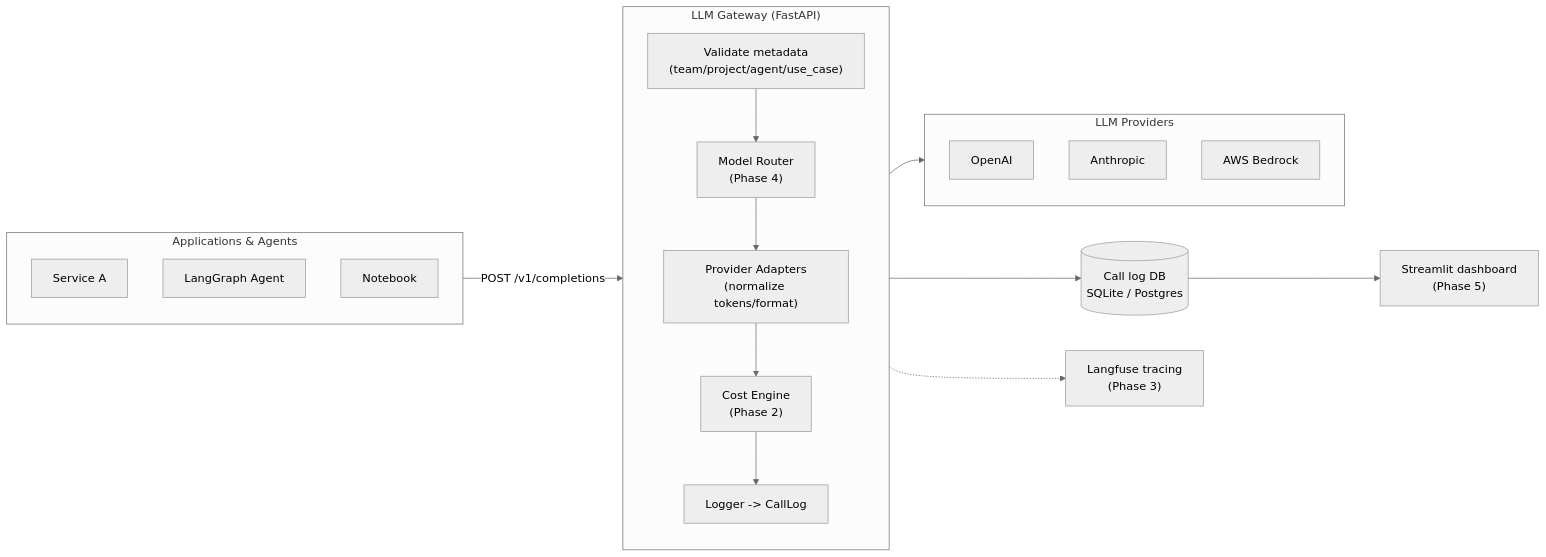
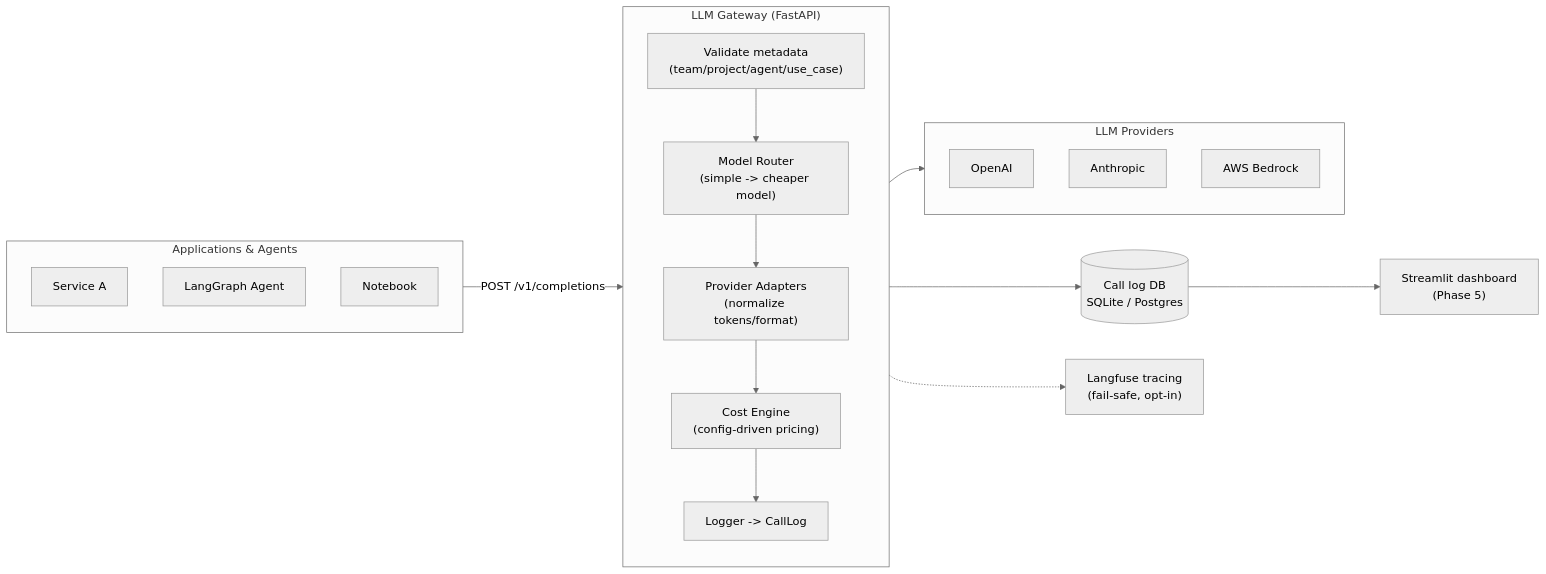
The diagram in readme.md (ravimishraggn/LLM-Cost-Governance-Attribution-Platform), drawn with Mermaid (neutral theme) before and after one commit. The commit also changed other lines of this file and 13 other files, not shown here.

First line of the commit message:
Phase 4: Rule-based model router with savings tracking

````diff
--- a/readme.md
+++ b/readme.md
@@ -28,34 +28,34 @@
 ```mermaid
 flowchart LR
     subgraph Apps["Applications & Agents"]
         A1[Service A]
         A2[LangGraph Agent]
         A3[Notebook]
     end
 
     subgraph GW["LLM Gateway (FastAPI)"]
         direction TB
         V["Validate metadata\n(team/project/agent/use_case)"]
-        R["Model Router\n(Phase 4)"]
+        R["Model Router\n(simple -> cheaper model)"]
         AD["Provider Adapters\n(normalize tokens/format)"]
-        C["Cost Engine\n(Phase 2)"]
+        C["Cost Engine\n(config-driven pricing)"]
         L["Logger -> CallLog"]
         V --> R --> AD --> C --> L
     end
 
     subgraph Providers["LLM Providers"]
         P1[OpenAI]
         P2[Anthropic]
         P3[AWS Bedrock]
     end
 
     DB[("Call log DB\nSQLite / Postgres")]
-    LF["Langfuse tracing\n(Phase 3)"]
+    LF["Langfuse tracing\n(fail-safe, opt-in)"]
     DASH["Streamlit dashboard\n(Phase 5)"]
 
     Apps -->|POST /v1/completions| GW
     AD --> Providers
     L --> DB
     L -.-> LF
     DB --> DASH
 ```
````
